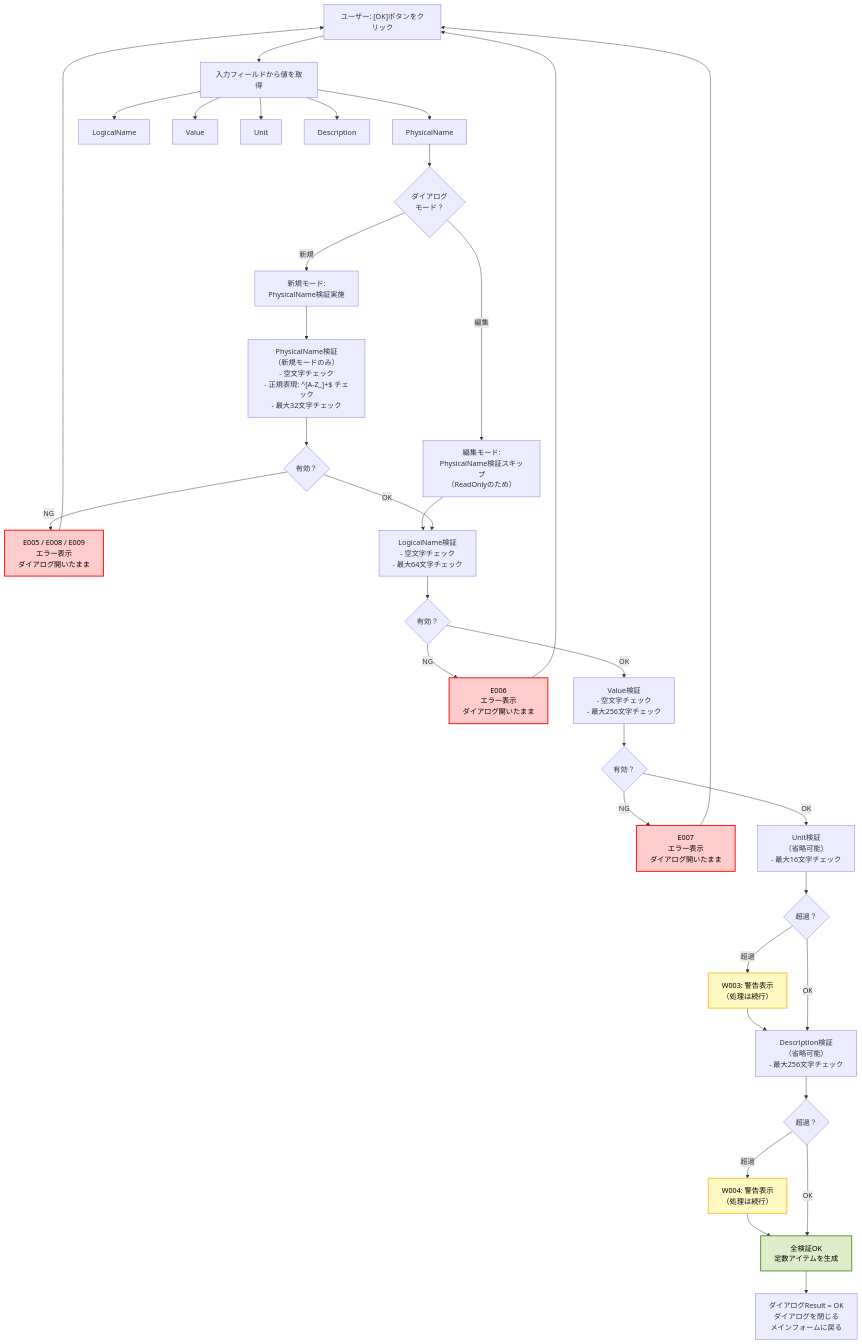
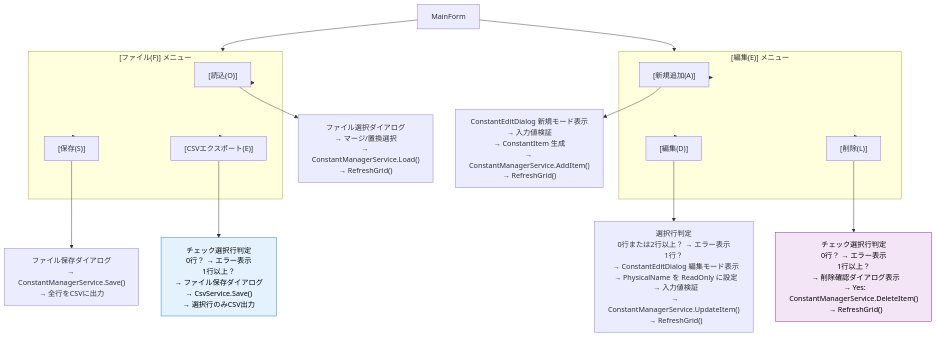
Before and after one commit to r-kuriki/handson-practice-2026-4-3days: the fourth of 6 diagrams in docs/specifications/internal_spec.md, drawn with Mermaid. The commit also changed other lines of this file and 14 other files, not shown here.

````diff
--- a/docs/specifications/internal_spec.md
+++ b/docs/specifications/internal_spec.md
@@ -346,71 +436,42 @@
 ```mermaid
 flowchart TD
-    A["ユーザー: [OK]ボタンをクリック"]
-    B["入力フィールドから値を取得"]
-    B1["PhysicalName"]
-    B2["LogicalName"]
-    B3["Value"]
-    B4["Unit"]
-    B5["Description"]
+    MF["MainForm"]
     
-    C{"ダイアログ<br/>モード？"}
-    C_NEW["新規モード:<br/>PhysicalName検証実施"]
-    C_EDIT["編集モード:<br/>PhysicalName検証スキップ<br/>（ReadOnlyのため）"]
+    subgraph FILE["[ファイル(F)] メニュー"]
+        FM1["[読込(O)]"]
+        FM2["[保存(S)]"]
+        FM3["[CSVエクスポート(E)]"]
+    end
     
-    V1["PhysicalName検証<br/>（新規モードのみ）<br/>- 空文字チェック<br/>- 正規表現: ^[A-Z_]+$ チェック<br/>- 最大32文字チェック"]
-    V1_RESULT{"有効？"}
-    V1_NG["E005 / E008 / E009<br/>エラー表示<br/>ダイアログ開いたまま"]
+    subgraph EDIT["[編集(E)] メニュー"]
+        EM1["[新規追加(A)]"]
+        EM2["[編集(D)]"]
+        EM3["[削除(L)]"]
+    end
     
-    V2["LogicalName検証<br/>- 空文字チェック<br/>- 最大64文字チェック"]
-    V2_RESULT{"有効？"}
-    V2_NG["E006<br/>エラー表示<br/>ダイアログ開いたまま"]
+    FM1_ACT["ファイル選択ダイアログ<br/>→ マージ/置換選択<br/>→ ConstantManagerService.Load()<br/>→ RefreshGrid()"]
     
-    V3["Value検証<br/>- 空文字チェック<br/>- 最大256文字チェック"]
-    V3_RESULT{"有効？"}
-    V3_NG["E007<br/>エラー表示<br/>ダイアログ開いたまま"]
+    FM2_ACT["ファイル保存ダイアログ<br/>→ ConstantManagerService.Save()<br/>→ 全行をCSVに出力"]
     
-    V4["Unit検証<br/>（省略可能）<br/>- 最大16文字チェック"]
-    V4_RESULT{"超過？"}
-    V4_WARN["W003: 警告表示<br/>（処理は続行）"]
+    FM3_ACT["チェック選択行判定<br/>0行？ → エラー表示<br/>1行以上？<br/>  → ファイル保存ダイアログ<br/>  → CsvService.Save()<br/>  → 選択行のみCSV出力"]
     
-    V5["Description検証<br/>（省略可能）<br/>- 最大256文字チェック"]
-    V5_RESULT{"超過？"}
-    V5_WARN["W004: 警告表示<br/>（処理は続行）"]
+    EM1_ACT["ConstantEditDialog 新規モード表示<br/>→ 入力値検証<br/>→ ConstantItem 生成<br/>→ ConstantManagerService.AddItem()<br/>→ RefreshGrid()"]
     
-    FINAL["全検証OK<br/>定数アイテムを生成"]
-    SUBMIT["ダイアログResult = OK<br/>ダイアログを閉じる<br/>メインフォームに戻る"]
+    EM2_ACT["選択行判定<br/>0行または2行以上？ → エラー表示<br/>1行？<br/>  → ConstantEditDialog 編集モード表示<br/>  → PhysicalName を ReadOnly に設定<br/>  → 入力値検証<br/>  → ConstantManagerService.UpdateItem()<br/>  → RefreshGrid()"]
     
-    A --> B
-    B --> B1 & B2 & B3 & B4 & B5
-    B1 --> C
-    C -->|新規| C_NEW --> V1
-    C -->|編集| C_EDIT --> V2
-    V1 --> V1_RESULT
-    V1_RESULT -->|NG| V1_NG
-    V1_NG --> A
-    V1_RESULT -->|OK| V2
-    V2 --> V2_RESULT
-    V2_RESULT -->|NG| V2_NG
-    V2_NG --> A
-    V2_RESULT -->|OK| V3
-    V3 --> V3_RESULT
-    V3_RESULT -->|NG| V3_NG
-    V3_NG --> A
-    V3_RESULT -->|OK| V4
-    V4 --> V4_RESULT
-    V4_RESULT -->|超過| V4_WARN
-    V4_WARN --> V5
-    V4_RESULT -->|OK| V5
-    V5 --> V5_RESULT
-    V5_RESULT -->|超過| V5_WARN
-    V5_WARN --> FINAL
-    V5_RESULT -->|OK| FINAL
-    FINAL --> SUBMIT
+    EM3_ACT["チェック選択行判定<br/>0行？ → エラー表示<br/>1行以上？<br/>  → 削除確認ダイアログ表示<br/>  → Yes: ConstantManagerService.DeleteItem()<br/>  → RefreshGrid()"]
     
-    style V1_NG fill:#ffcccc,color:#000000,stroke:#ff0000,stroke-width:2px
-    style V2_NG fill:#ffcccc,color:#000000,stroke:#ff0000,stroke-width:2px
-    style V3_NG fill:#ffcccc,color:#000000,stroke:#ff0000,stroke-width:2px
-    style V4_WARN fill:#fff9c4,color:#000000,stroke:#fbc02d,stroke-width:2px
-    style V5_WARN fill:#fff9c4,color:#000000,stroke:#fbc02d,stroke-width:2px
-    style FINAL fill:#dcedc8,color:#000000,stroke:#558b2f,stroke-width:2px
+    MF --> FILE & EDIT
+    FILE --> FM1 & FM2 & FM3
+    EDIT --> EM1 & EM2 & EM3
+    
+    FM1 --> FM1_ACT
+    FM2 --> FM2_ACT
+    FM3 --> FM3_ACT
+    EM1 --> EM1_ACT
+    EM2 --> EM2_ACT
+    EM3 --> EM3_ACT
+    
+    style FM3_ACT fill:#e3f2fd,color:#000000,stroke:#1976d2,stroke-width:1px
+    style EM3_ACT fill:#f3e5f5,color:#000000,stroke:#7b1fa2,stroke-width:1px
 ```
````
